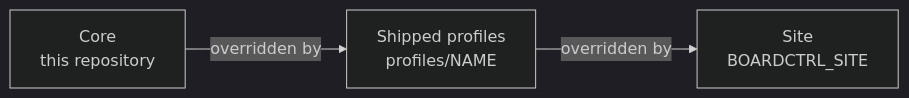
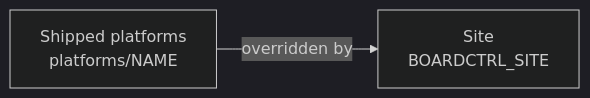
Before and after one commit to rzbdz/boardctrl: the fourth of 4 diagrams in docs/architecture.md, drawn with Mermaid (dark theme). The commit also changed other lines of this file and 17 other files, not shown here.

````diff
--- a/docs/architecture.md
+++ b/docs/architecture.md
@@ -145,4 +167,4 @@
 ```mermaid
 flowchart LR
-  core["Core<br/>this repository"] -- "overridden by" --> packs["Shipped profiles<br/>profiles/NAME"] -- "overridden by" --> site["Site<br/>BOARDCTRL_SITE"]
+  plat["Shipped platforms<br/>platforms/NAME"] -- "overridden by" --> site["Site<br/>BOARDCTRL_SITE"]
 ```
````
